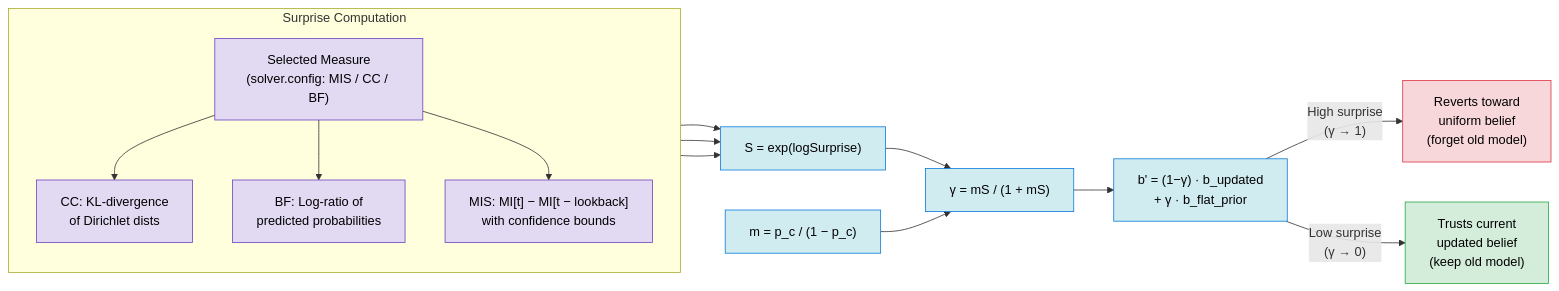
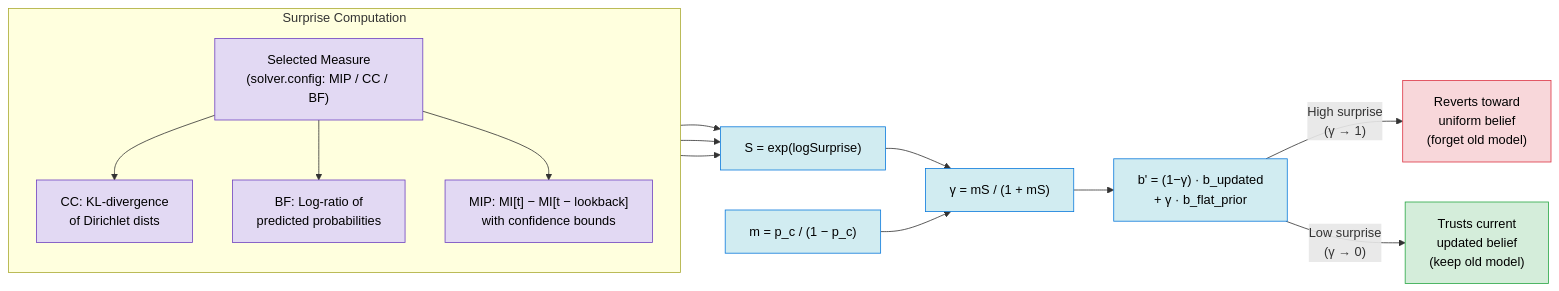
Before and after one commit to ACSOS-2026-SUBMISSION/entropy-regularised-for-SAS-under-non-stationarity: the fourth of 5 diagrams in docs/MAPEK_diagram.md, drawn with Mermaid. The commit also changed other lines of this file and 13 other files, not shown here.

````diff
--- a/docs/MAPEK_diagram.md
+++ b/docs/MAPEK_diagram.md
@@ -197,38 +197,38 @@
 ```mermaid
 graph LR
     subgraph Surprise["Surprise Computation"]
         direction TB
-        SM["Selected Measure<br/>(solver.config: MIS / CC / BF)"]
+        SM["Selected Measure<br/>(solver.config: MIP / CC / BF)"]
         CC["CC: KL-divergence<br/>of Dirichlet dists"]
         BF["BF: Log-ratio of<br/>predicted probabilities"]
-        MIS["MIS: MI[t] − MI[t − lookback]<br/>with confidence bounds"]
+        MIP["MIP: MI[t] − MI[t − lookback]<br/>with confidence bounds"]
         SM --> CC
         SM --> BF
-        SM --> MIS
+        SM --> MIP
     end
 
     S_VAL["S = exp(logSurprise)"]
     M_VAL["m = p_c / (1 − p_c)"]
     GAMMA["γ = mS / (1 + mS)"]
     BLEND["b' = (1−γ) · b_updated<br/>+ γ · b_flat_prior"]
 
     CC --> S_VAL
     BF --> S_VAL
-    MIS --> S_VAL
+    MIP --> S_VAL
     S_VAL --> GAMMA
     M_VAL --> GAMMA
     GAMMA --> BLEND
 
     BLEND --> |"High surprise<br/>(γ → 1)"| RESET["Reverts toward<br/>uniform belief<br/>(forget old model)"]
     BLEND --> |"Low surprise<br/>(γ → 0)"| TRUST["Trusts current<br/>updated belief<br/>(keep old model)"]
 
     classDef surprise fill:#E2D9F3,stroke:#6F42C1,color:#000
     classDef formula fill:#D1ECF1,stroke:#0C7BDC,color:#000
     classDef result fill:#D4EDDA,stroke:#28A745,color:#000
     classDef reset fill:#F8D7DA,stroke:#DC3545,color:#000
 
-    class CC,BF,MIS,SM surprise
+    class CC,BF,MIP,SM surprise
     class S_VAL,M_VAL,GAMMA,BLEND formula
     class TRUST result
     class RESET reset
 ```
````
